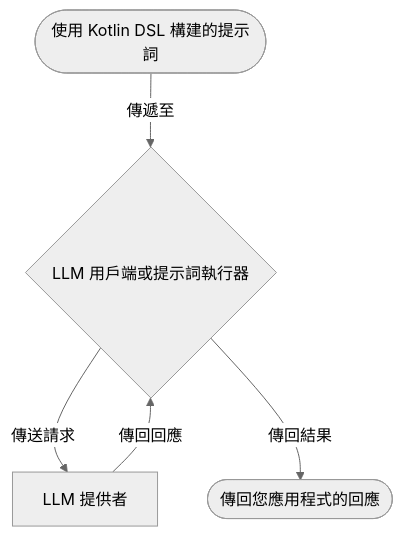
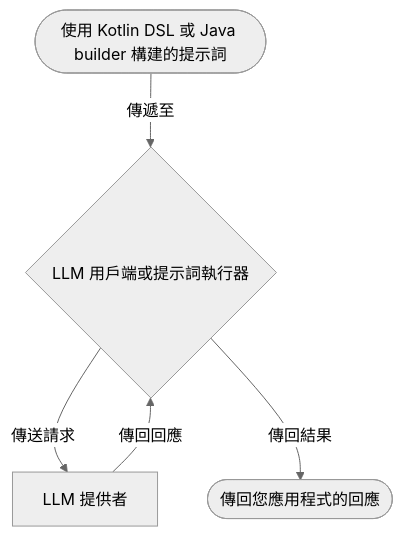
One commit to BinaryTape/Open-Docs changed the first of 2 diagrams in docs/zh-Hant/koog/prompts/index.md. Above: the diagram before and after it, drawn with Mermaid (neutral theme). The commit also changed other lines of this file and 818 other files, not shown here.

````diff
--- a/docs/zh-Hant/koog/prompts/index.md
+++ b/docs/zh-Hant/koog/prompts/index.md
@@ -40,12 +60,12 @@
 ```mermaid
 flowchart TB
-    A([使用 Kotlin DSL 構建的提示詞])
+    A([使用 Kotlin DSL 或 Java builder 構建的提示詞])
     B{LLM 用戶端或提示詞執行器}
     C[LLM 提供者]
     D([傳回您應用程式的回應])
 
     A -->|"傳遞至"| B
     B -->|"傳送請求"| C
     C -->|"傳回回應"| B
     B -->|"傳回結果"| D
 ```
````
